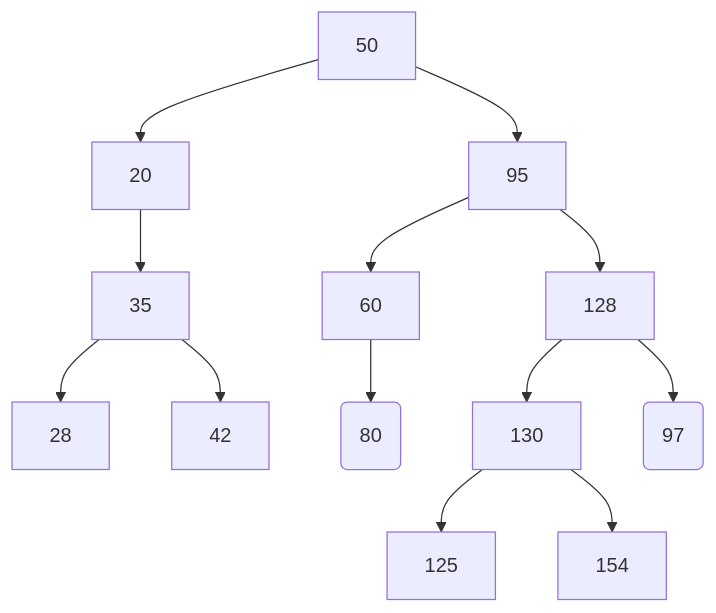
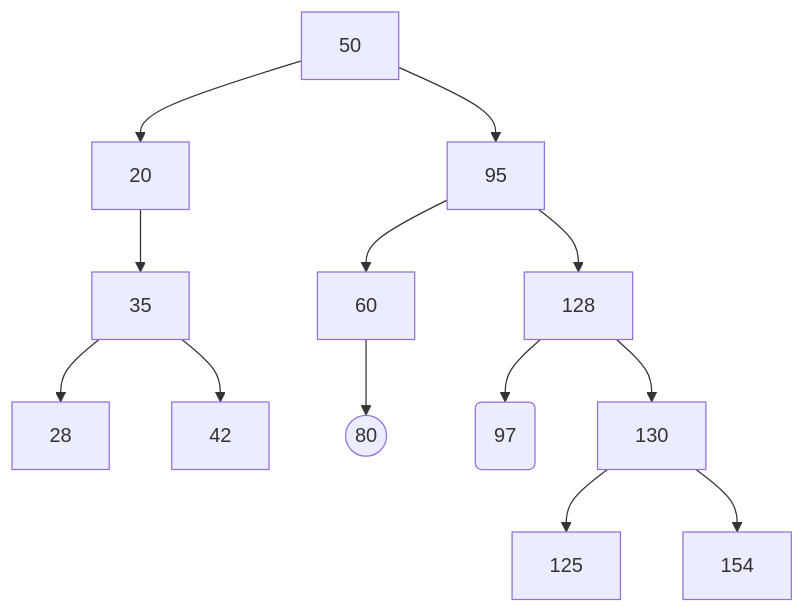
The first of 3 diagrams in GA/BUIA 4E.md (ay19t89/obsidian-sync), drawn with Mermaid before and after one commit. The commit also changed other lines of this file, not shown here.

````diff
--- a/GA/BUIA 4E.md
+++ b/GA/BUIA 4E.md
@@ -205,18 +205,18 @@
 ```mermaid
 graph TD
     A[50] --> B[20]
     
     A --> b[95]
     B --> C[35]
     C --> D1[28]
     C --> D2[42]
     
     %% () je přidány %%
     b --> c1[60]
     b --> c2[128]
-    c1 --> d1(80)
+    c1 --> d1((80))
+    c2 --> d3(97)
     c2 --> d2[130]
-    c2 --> d3(97)
     d2 --> 125
     d2 --> 154
 ```
````
